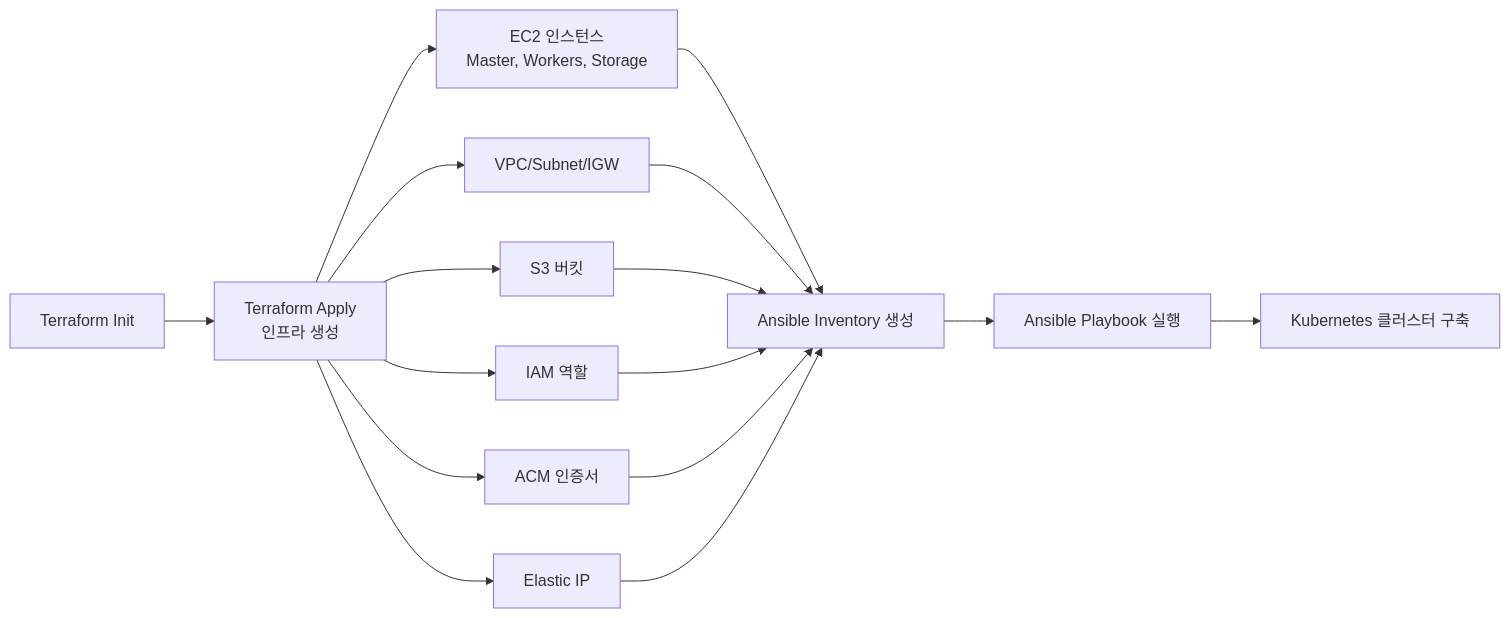
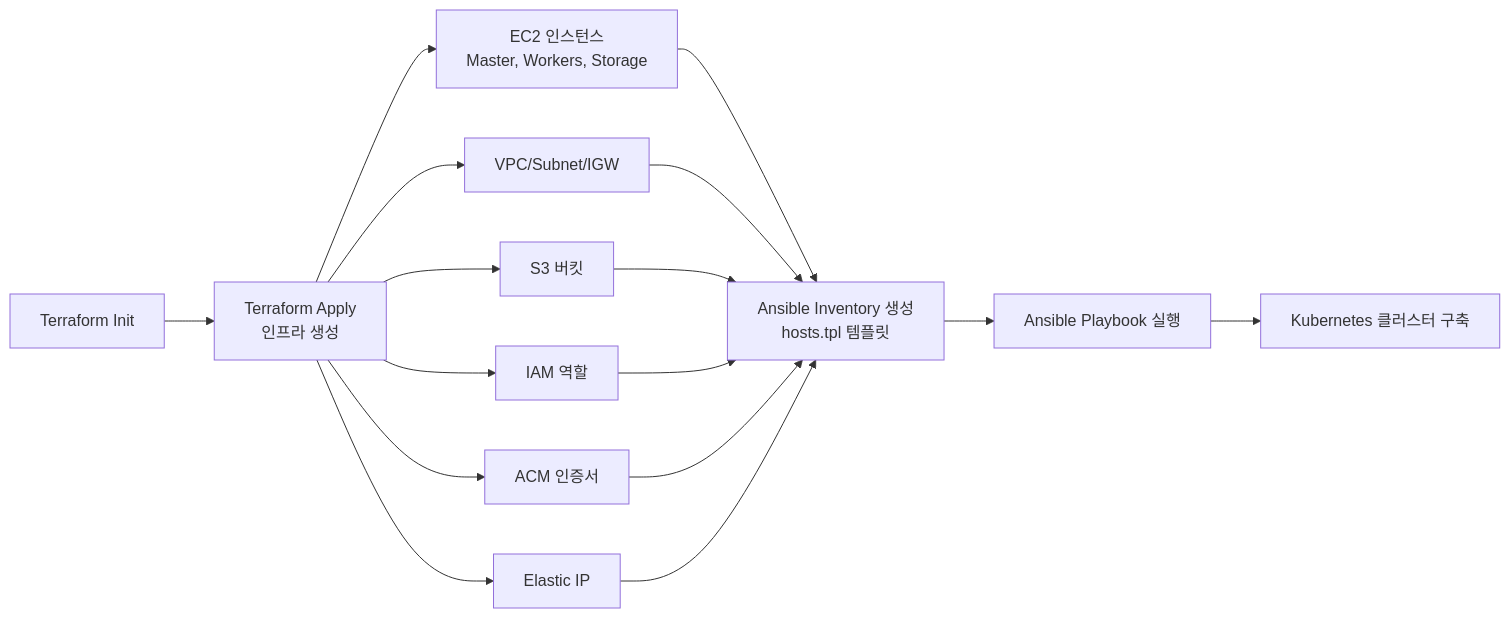
The third of 8 diagrams in docs/architecture/INFRASTRUCTURE_DEPLOYMENT_DIAGRAM.md (eco2-team/backend), drawn with Mermaid before and after one commit. The commit also changed other lines of this file and 10 other files, not shown here.

````diff
--- a/docs/architecture/INFRASTRUCTURE_DEPLOYMENT_DIAGRAM.md
+++ b/docs/architecture/INFRASTRUCTURE_DEPLOYMENT_DIAGRAM.md
@@ -95,20 +98,20 @@
 ```mermaid
 graph LR
     A[Terraform Init] --> B[Terraform Apply<br/>인프라 생성]
     B --> C[EC2 인스턴스<br/>Master, Workers, Storage]
     B --> D[VPC/Subnet/IGW]
     B --> E[S3 버킷]
     B --> F[IAM 역할]
     B --> G[ACM 인증서]
     B --> H[Elastic IP]
     
-    C --> I[Ansible Inventory 생성]
+    C --> I[Ansible Inventory 생성<br/>hosts.tpl 템플릿]
     D --> I
     E --> I
     F --> I
     G --> I
     H --> I
     
     I --> J[Ansible Playbook 실행]
     J --> K[Kubernetes 클러스터 구축]
 ```
````
